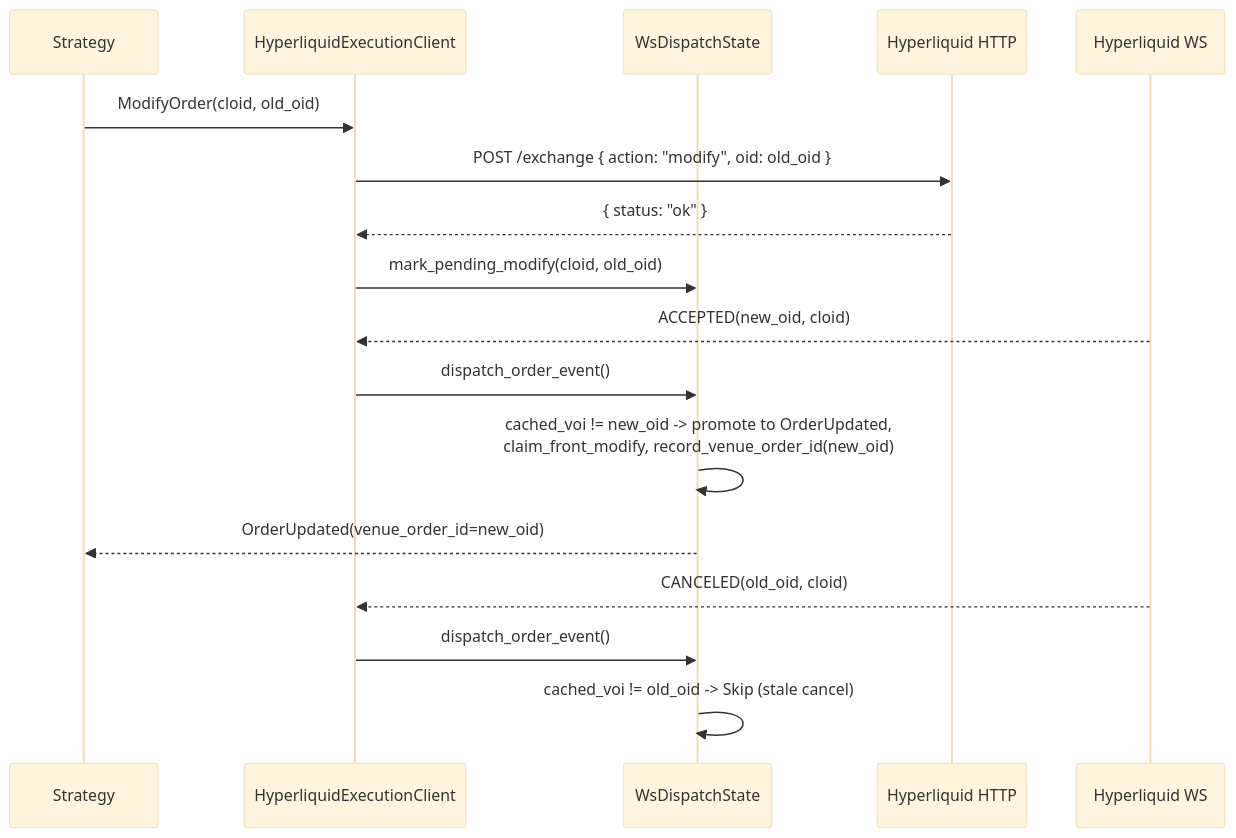
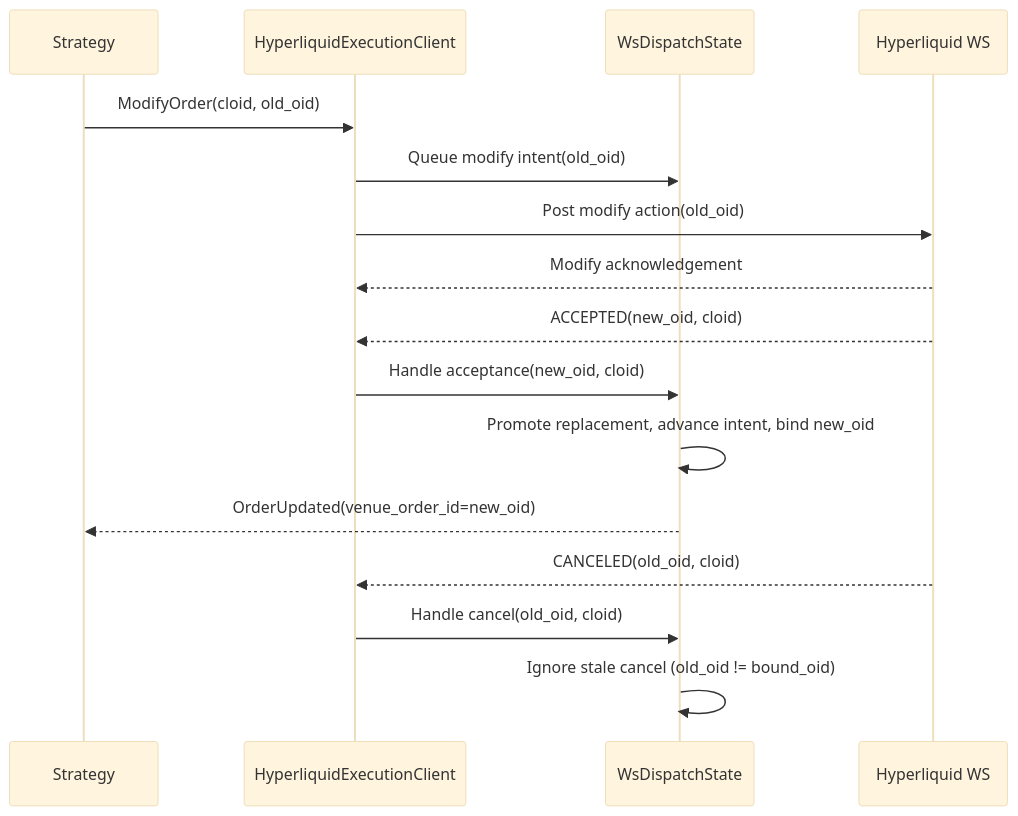
Before and after one commit to nautechsystems/nautilus_trader: the diagram in docs/integrations/hyperliquid.md, drawn with Mermaid (base theme). The commit also changed other lines of this file and 7 other files, not shown here.

````diff
--- a/docs/integrations/hyperliquid.md
+++ b/docs/integrations/hyperliquid.md
@@ -1380,20 +1332,19 @@
 ```mermaid
 sequenceDiagram
     participant Strategy
     participant ExecClient as HyperliquidExecutionClient
     participant Dispatch as WsDispatchState
-    participant HTTP as Hyperliquid HTTP
     participant WS as Hyperliquid WS
 
     Strategy->>ExecClient: ModifyOrder(cloid, old_oid)
-    ExecClient->>HTTP: POST /exchange { action: "modify", oid: old_oid }
-    HTTP-->>ExecClient: { status: "ok" }
-    ExecClient->>Dispatch: mark_pending_modify(cloid, old_oid)
+    ExecClient->>Dispatch: Queue modify intent(old_oid)
+    ExecClient->>WS: Post modify action(old_oid)
+    WS-->>ExecClient: Modify acknowledgement
     WS-->>ExecClient: ACCEPTED(new_oid, cloid)
-    ExecClient->>Dispatch: dispatch_order_event()
-    Dispatch->>Dispatch: cached_voi != new_oid -> promote to OrderUpdated,<br/>claim_front_modify, record_venue_order_id(new_oid)
+    ExecClient->>Dispatch: Handle acceptance(new_oid, cloid)
+    Dispatch->>Dispatch: Promote replacement, advance intent, bind new_oid
     Dispatch-->>Strategy: OrderUpdated(venue_order_id=new_oid)
     WS-->>ExecClient: CANCELED(old_oid, cloid)
-    ExecClient->>Dispatch: dispatch_order_event()
-    Dispatch->>Dispatch: cached_voi != old_oid -> Skip (stale cancel)
+    ExecClient->>Dispatch: Handle cancel(old_oid, cloid)
+    Dispatch->>Dispatch: Ignore stale cancel (old_oid != bound_oid)
 ```
````
